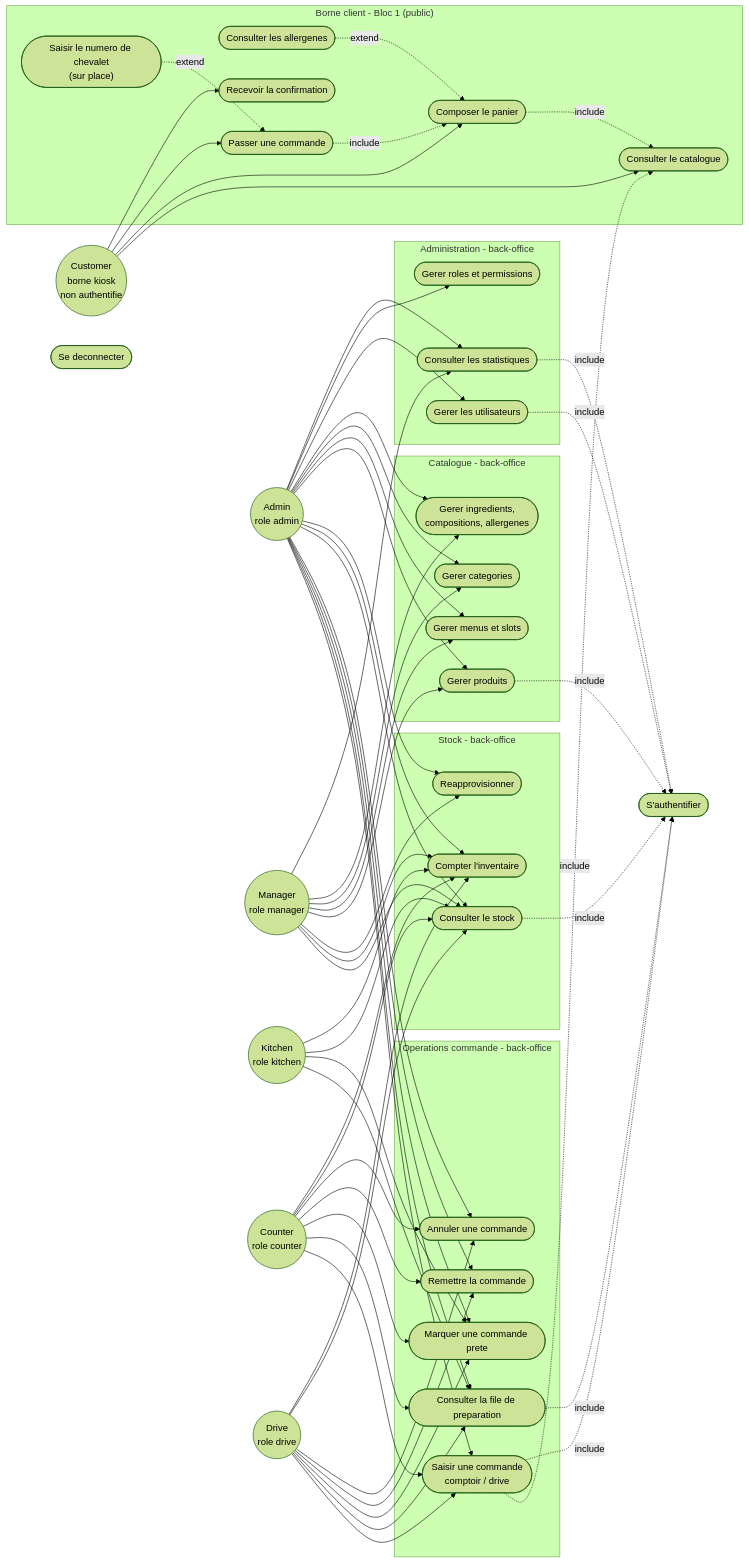
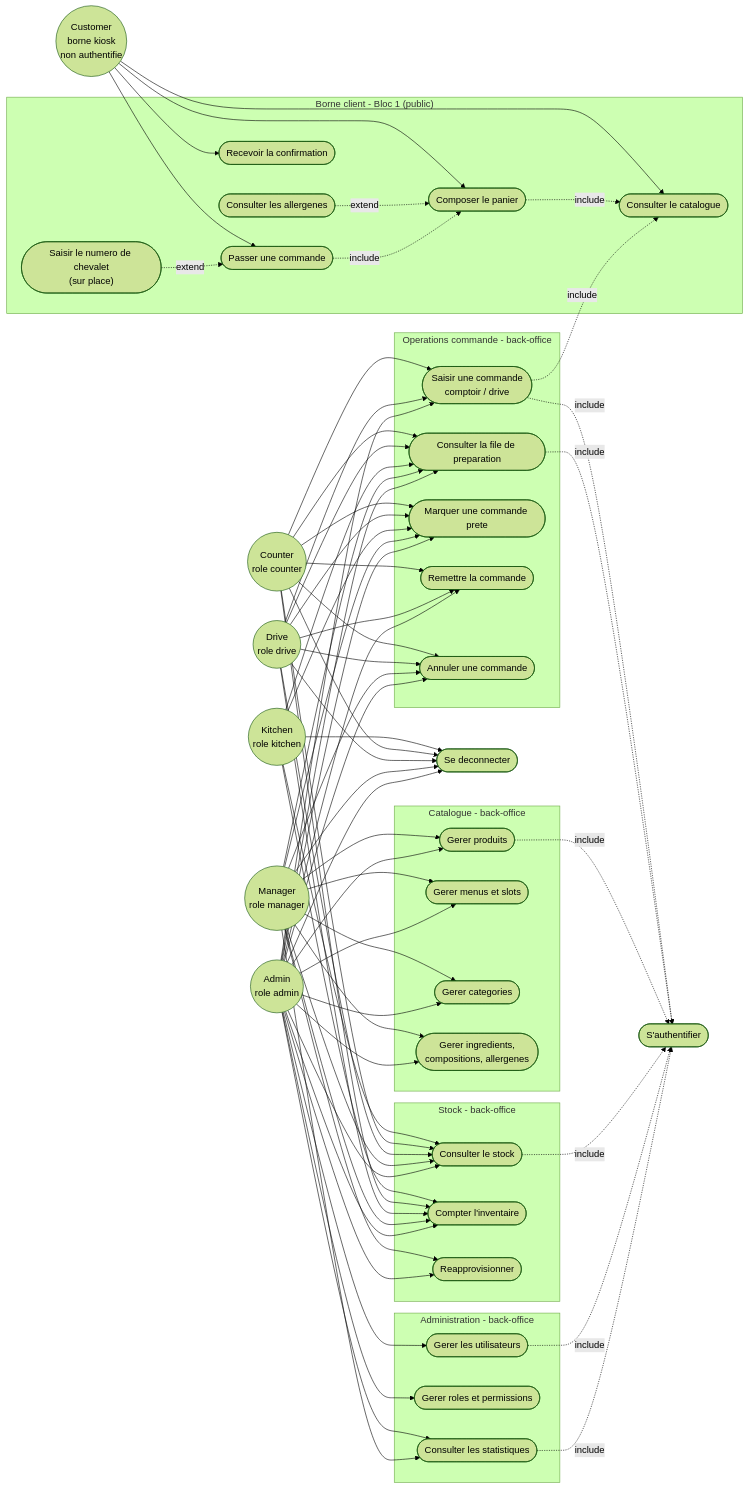
The first of 2 diagrams in docs/uml/use-cases.md (AcadeNice/wakdo_corentin), drawn with Mermaid (forest theme) before and after one commit. The commit also changed other lines of this file and 59 other files, not shown here.

````diff
--- a/docs/uml/use-cases.md
+++ b/docs/uml/use-cases.md
@@ -152,6 +153,9 @@
     Drive --> UC13
     Kitchen --> UC11
     Kitchen --> UC14
+    Manager --> UC11
+    Manager --> UC14
+    Manager --> UC13
     Admin --> UC10
     Admin --> UC11
     Admin --> UC14
@@ -196,4 +200,11 @@
     UC30 -. include .-> UC50
     UC40 -. include .-> UC50
     UC42 -. include .-> UC50
+
+    %% Deconnexion : tout acteur back-office authentifie
+    Kitchen --> UC51
+    Counter --> UC51
+    Drive --> UC51
+    Manager --> UC51
+    Admin --> UC51
 ```
````
